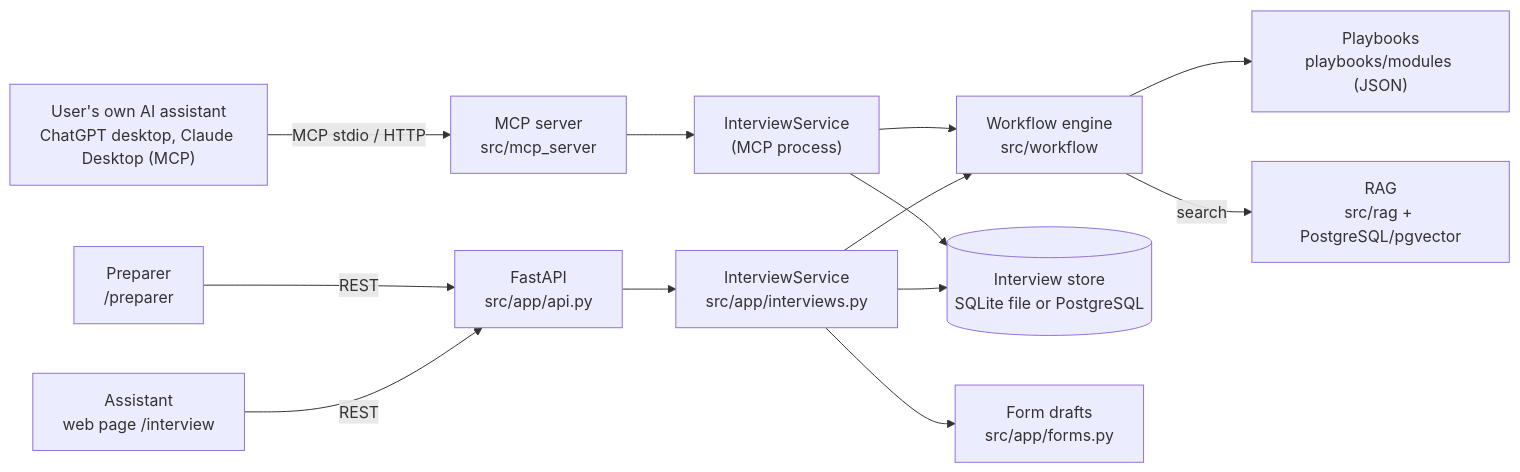
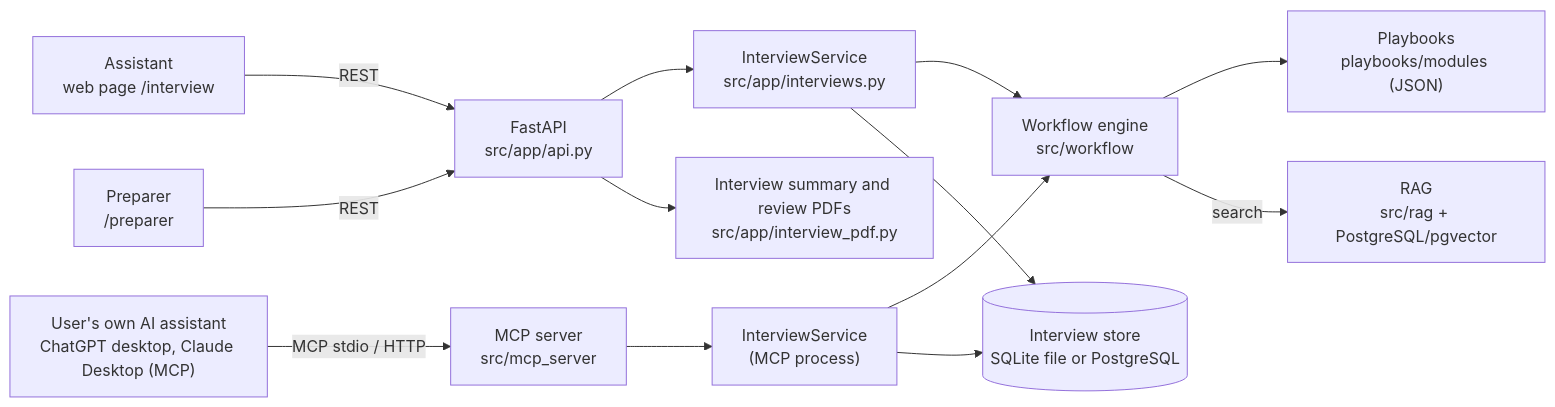
One commit to Paralyz3dz/EE542-Finalproject changed the diagram in docs/architecture.md. Above: the diagram before and after it, drawn with Mermaid. The commit also changed other lines of this file and 17 other files, not shown here.

First line of the commit message:
feat(interview)!: add preparer handoff and PDF reporting (#15)

````diff
--- a/docs/architecture.md
+++ b/docs/architecture.md
@@ -5,15 +5,15 @@
 ```mermaid
 flowchart LR
   A["Assistant<br/>web page /interview"] -->|REST| API
   H["User's own AI assistant<br/>ChatGPT desktop, Claude Desktop (MCP)"] -->|MCP stdio / HTTP| M["MCP server<br/>src/mcp_server"]
   P["Preparer<br/>/preparer"] -->|REST| API
   API["FastAPI<br/>src/app/api.py"] --> S["InterviewService<br/>src/app/interviews.py"]
   M --> S2["InterviewService<br/>(MCP process)"]
   S --> E["Workflow engine<br/>src/workflow"]
   S2 --> E
   E --> PB["Playbooks<br/>playbooks/modules (JSON)"]
   E -->|search| R["RAG<br/>src/rag + PostgreSQL/pgvector"]
   S --> DB[("Interview store<br/>SQLite file or PostgreSQL")]
   S2 --> DB
-  S --> F["Form drafts<br/>src/app/forms.py"]
+  API --> PDF["Interview summary and review PDFs<br/>src/app/interview_pdf.py"]
 ```
````
